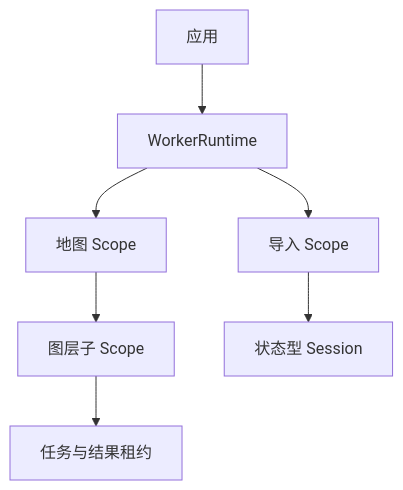
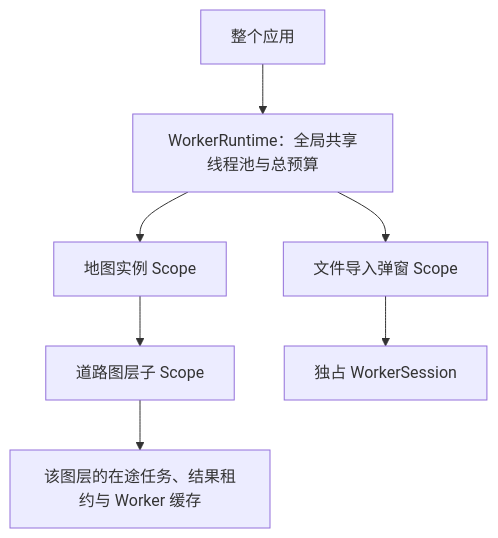
The diagram in content/docs/concepts/lifecycle.md (mapseekai/tasklane-web), drawn with Mermaid before and after one commit. The commit also changed other lines of this file and 50 other files, not shown here.

````diff
--- a/content/docs/concepts/lifecycle.md
+++ b/content/docs/concepts/lifecycle.md
@@ -11,9 +17,9 @@
 ```mermaid
 flowchart TD
-  A[应用] --> R[WorkerRuntime]
-  R --> S1[地图 Scope]
-  R --> S2[导入 Scope]
-  S1 --> S3[图层子 Scope]
-  S3 --> T[任务与结果租约]
-  S2 --> SS[状态型 Session]
+  A[整个应用] --> R[WorkerRuntime：全局共享线程池与总预算]
+  R --> S1[地图实例 Scope]
+  R --> S2[文件导入弹窗 Scope]
+  S1 --> S3[道路图层子 Scope]
+  S3 --> T[该图层的在途任务、结果租约与 Worker 缓存]
+  S2 --> SS[独占 WorkerSession]
 ```
````
